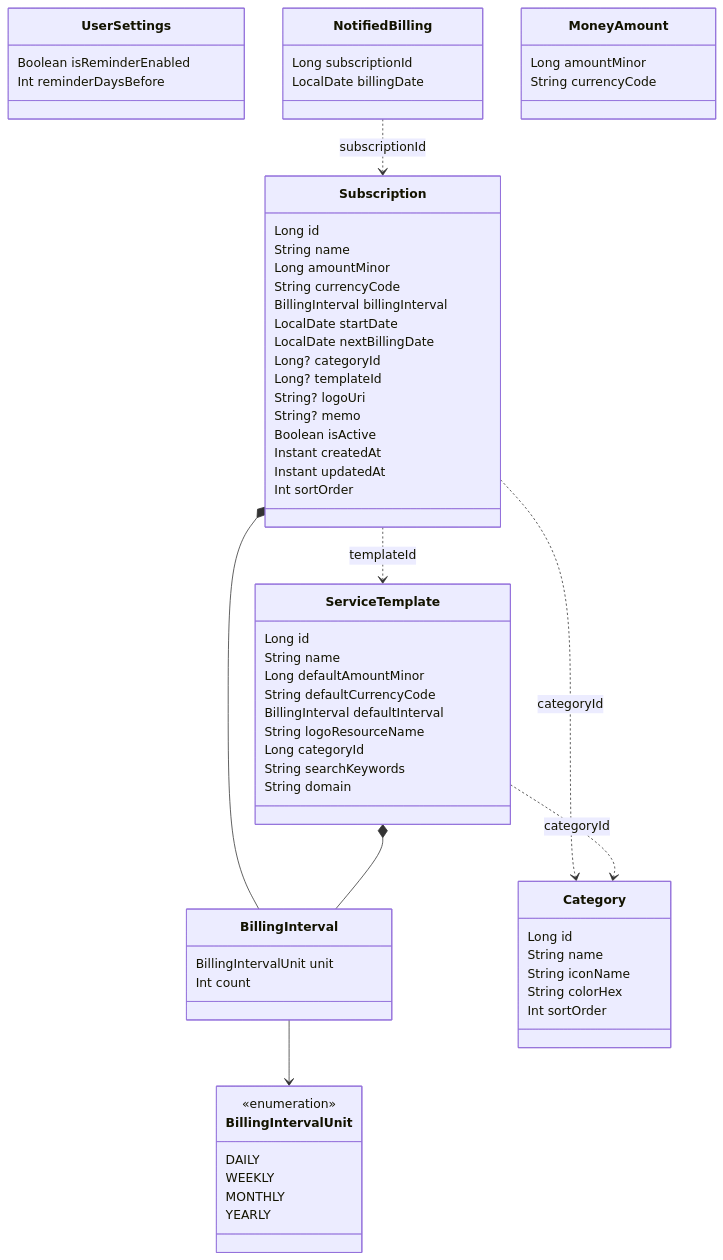
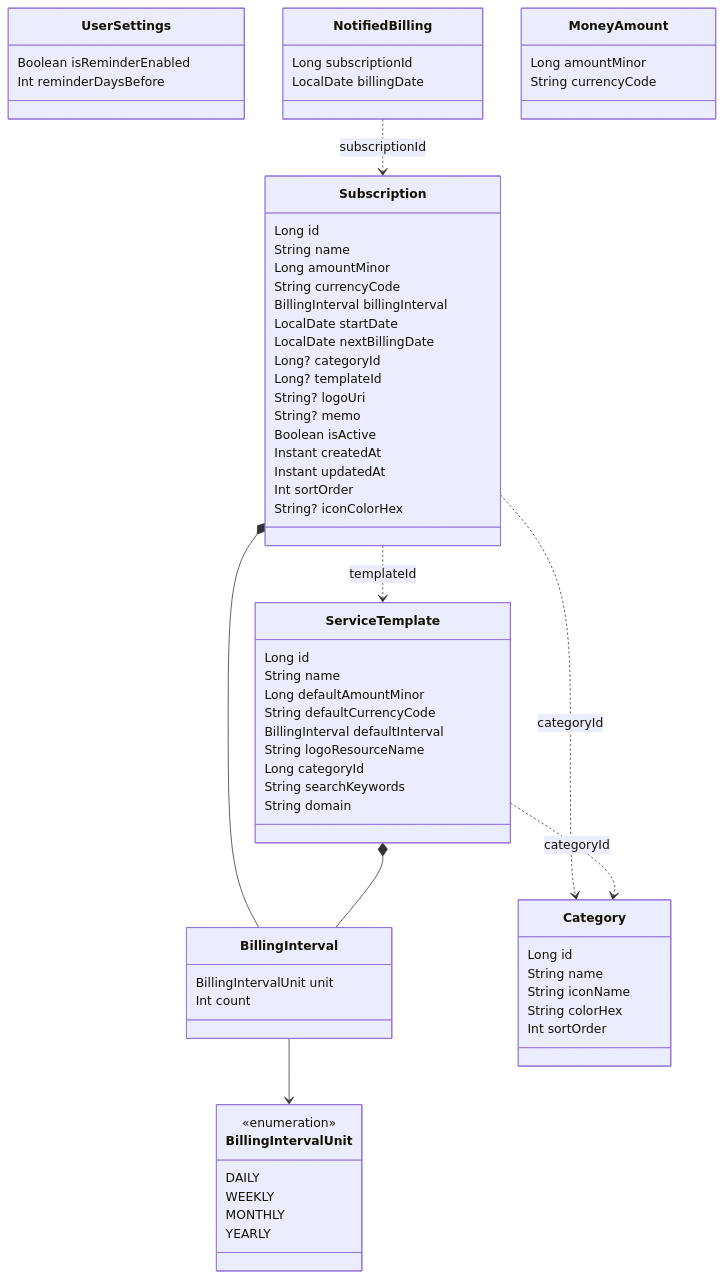
One commit to otk-sudo/SubKiru changed the second of 6 diagrams in DESIGN.md. Above: the diagram before and after it, drawn with Mermaid. The commit also changed other lines of this file and 2 other files, not shown here.

````diff
--- a/DESIGN.md
+++ b/DESIGN.md
@@ -93,69 +196,70 @@
 ```mermaid
 classDiagram
     class Subscription {
         Long id
         String name
         Long amountMinor
         String currencyCode
         BillingInterval billingInterval
         LocalDate startDate
         LocalDate nextBillingDate
         Long? categoryId
         Long? templateId
         String? logoUri
         String? memo
         Boolean isActive
         Instant createdAt
         Instant updatedAt
         Int sortOrder
+        String? iconColorHex
     }
     class BillingInterval {
         BillingIntervalUnit unit
         Int count
     }
     class BillingIntervalUnit {
         <<enumeration>>
         DAILY
         WEEKLY
         MONTHLY
         YEARLY
     }
     class Category {
         Long id
         String name
         String iconName
         String colorHex
         Int sortOrder
     }
     class ServiceTemplate {
         Long id
         String name
         Long defaultAmountMinor
         String defaultCurrencyCode
         BillingInterval defaultInterval
         String logoResourceName
         Long categoryId
         String searchKeywords
         String domain
     }
     class UserSettings {
         Boolean isReminderEnabled
         Int reminderDaysBefore
     }
     class NotifiedBilling {
         Long subscriptionId
         LocalDate billingDate
     }
     class MoneyAmount {
         Long amountMinor
         String currencyCode
     }
 
     Subscription *-- BillingInterval
     ServiceTemplate *-- BillingInterval
     BillingInterval --> BillingIntervalUnit
     Subscription ..> Category : categoryId
     Subscription ..> ServiceTemplate : templateId
     ServiceTemplate ..> Category : categoryId
     NotifiedBilling ..> Subscription : subscriptionId
 ```
````
